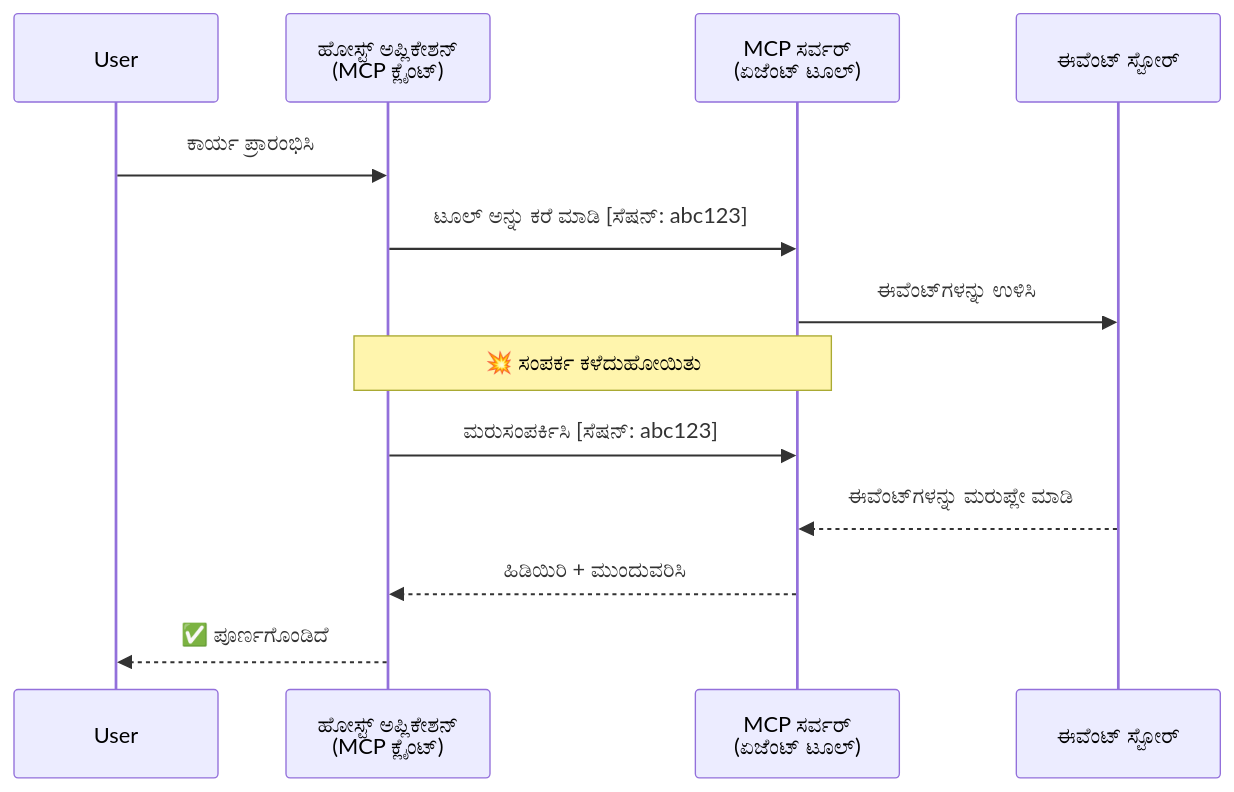
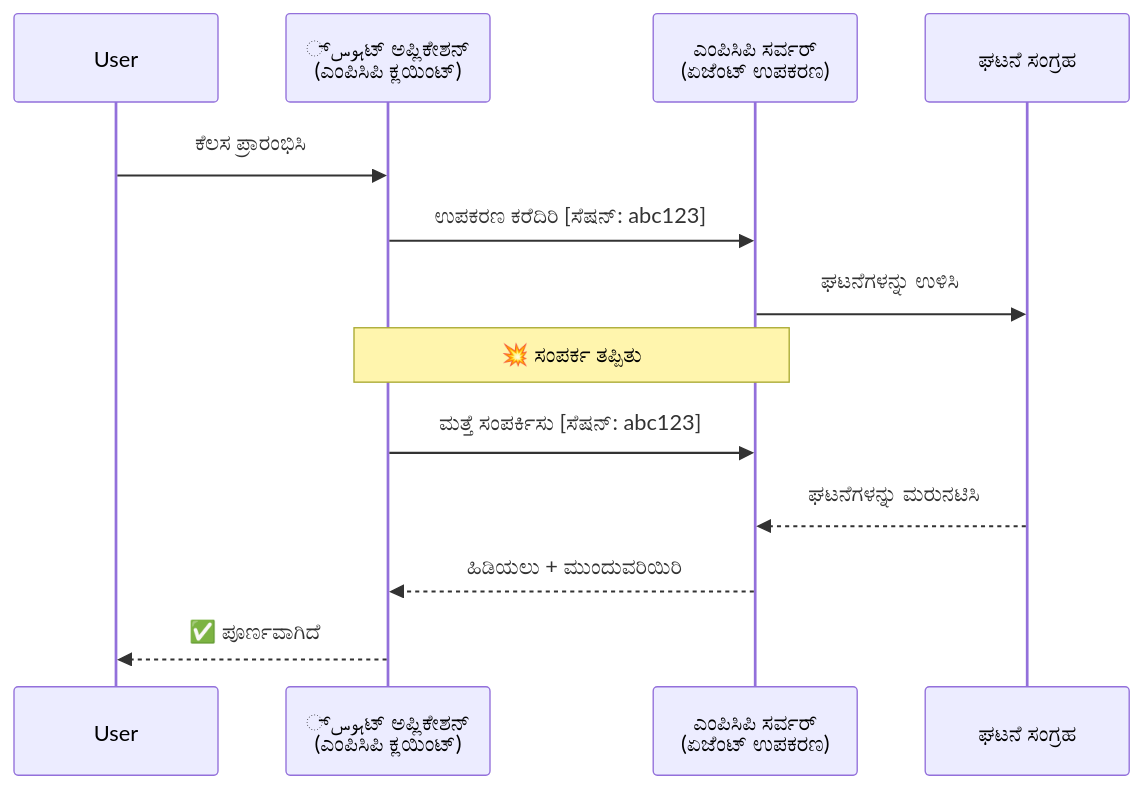
The second of 5 diagrams in mirrors/repos/microsoft@ai-agents-for-beginners/translations/kn/11-agentic-protocols/code_samples/mcp-agents/README.md (gabrielmoreira/agent-skills-mirror), drawn with Mermaid before and after one commit. The commit also changed other lines of this file and 4482 other files, not shown here.

````diff
--- a/mirrors/repos/microsoft@ai-agents-for-beginners/translations/kn/11-agentic-protocols/code_samples/mcp-agents/README.md
+++ b/mirrors/repos/microsoft@ai-agents-for-beginners/translations/kn/11-agentic-protocols/code_samples/mcp-agents/README.md
@@ -81,18 +82,18 @@
 ```mermaid
 sequenceDiagram
     participant User
-    participant Host as ಹೋಸ್ಟ್ ಅಪ್ಲಿಕೇಶನ್<br/>(MCP ಕ್ಲೈಂಟ್)
-    participant Server as MCP ಸರ್ವರ್<br/>(ಏಜೆಂಟ್ ಟೂಲ್)
-    participant Store as ಈವೆಂಟ್ ಸ್ಟೋರ್
+    participant Host as ہوس್ಟ್ ಅಪ್ಲಿಕೇಶನ್<br/>(ಎಂಪಿಸಿಪಿ ಕ್ಲಯಿಂಟ್)
+    participant Server as ಎಂಪಿಸಿಪಿ ಸರ್ವರ್<br/>(ಏಜೆಂಟ್ ಉಪಕರಣ)
+    participant Store as ಘಟನೆ ಸಂಗ್ರಹ
 
-    User->>Host: ಕಾರ್ಯ ಪ್ರಾರಂಭಿಸಿ
-    Host->>Server: ಟೂಲ್ ಅನ್ನು ಕರೆ ಮಾಡಿ [ಸೆಷನ್: abc123]
-    Server->>Store: ಈವೆಂಟ್‌ಗಳನ್ನು ಉಳಿಸಿ
+    User->>Host: ಕೆಲಸ ಪ್ರಾರಂಭಿಸಿ
+    Host->>Server: ಉಪಕರಣ ಕರೆದಿರಿ [ಸೆಷನ್: abc123]
+    Server->>Store: ಘಟನೆಗಳನ್ನು ಉಳಿಸಿ
 
-    Note over Host,Server: 💥 ಸಂಪರ್ಕ ಕಳೆದುಹೋಯಿತು
+    Note over Host,Server: 💥 ಸಂಪರ್ಕ ತಪ್ಪಿತು
 
-    Host->>Server: ಮರುಸಂಪರ್ಕಿಸಿ [ಸೆಷನ್: abc123]
-    Store-->>Server: ಈವೆಂಟ್‌ಗಳನ್ನು ಮರುಪ್ಲೇ ಮಾಡಿ
-    Server-->>Host: ಹಿಡಿಯಿರಿ + ಮುಂದುವರಿಸಿ
-    Host-->>User: ✅ ಪೂರ್ಣಗೊಂಡಿದೆ
+    Host->>Server: ಮತ್ತೆ ಸಂಪರ್ಕಿಸು [ಸೆಷನ್: abc123]
+    Store-->>Server: ಘಟನೆಗಳನ್ನು ಮರುನಟಿಸಿ
+    Server-->>Host: ಹಿಡಿಯಲು + ಮುಂದುವರಿಯಿರಿ
+    Host-->>User: ✅ ಪೂರ್ಣವಾಗಿದೆ
 ```
````
